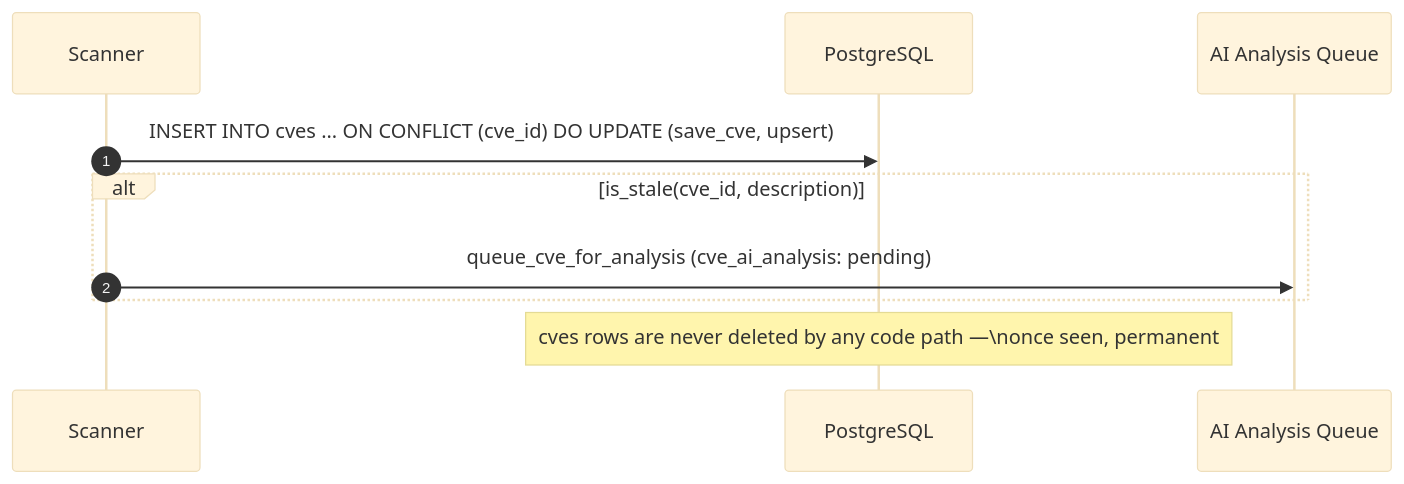
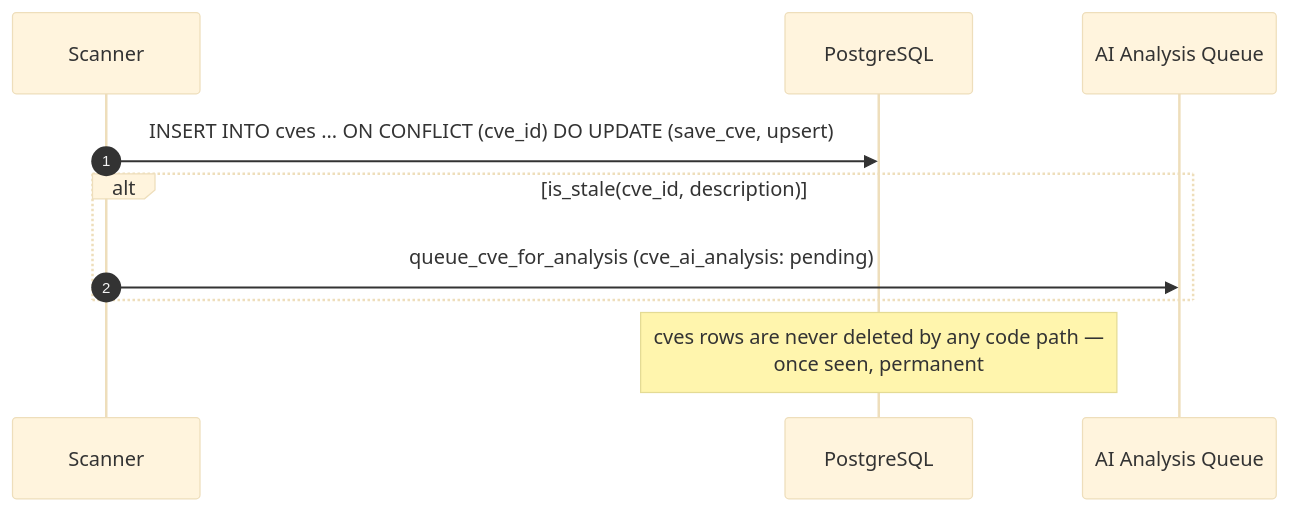
The sixth of 9 diagrams in docs/DATABASE.md (demuuus/argus), drawn with Mermaid (base theme) before and after one commit. The commit also changed other lines of this file and 1 other file, not shown here.

````diff
--- a/docs/DATABASE.md
+++ b/docs/DATABASE.md
@@ -696,13 +696,13 @@
 ```mermaid
 sequenceDiagram
     autonumber
     participant S as Scanner
     participant DB as PostgreSQL
     participant AI as AI Analysis Queue
 
     S->>DB: INSERT INTO cves ... ON CONFLICT (cve_id) DO UPDATE (save_cve, upsert)
     alt is_stale(cve_id, description)
         S->>AI: queue_cve_for_analysis (cve_ai_analysis: pending)
     end
-    Note over DB: cves rows are never deleted by any code path —\nonce seen, permanent
+    Note over DB: cves rows are never deleted by any code path —<br/>once seen, permanent
 ```
````
